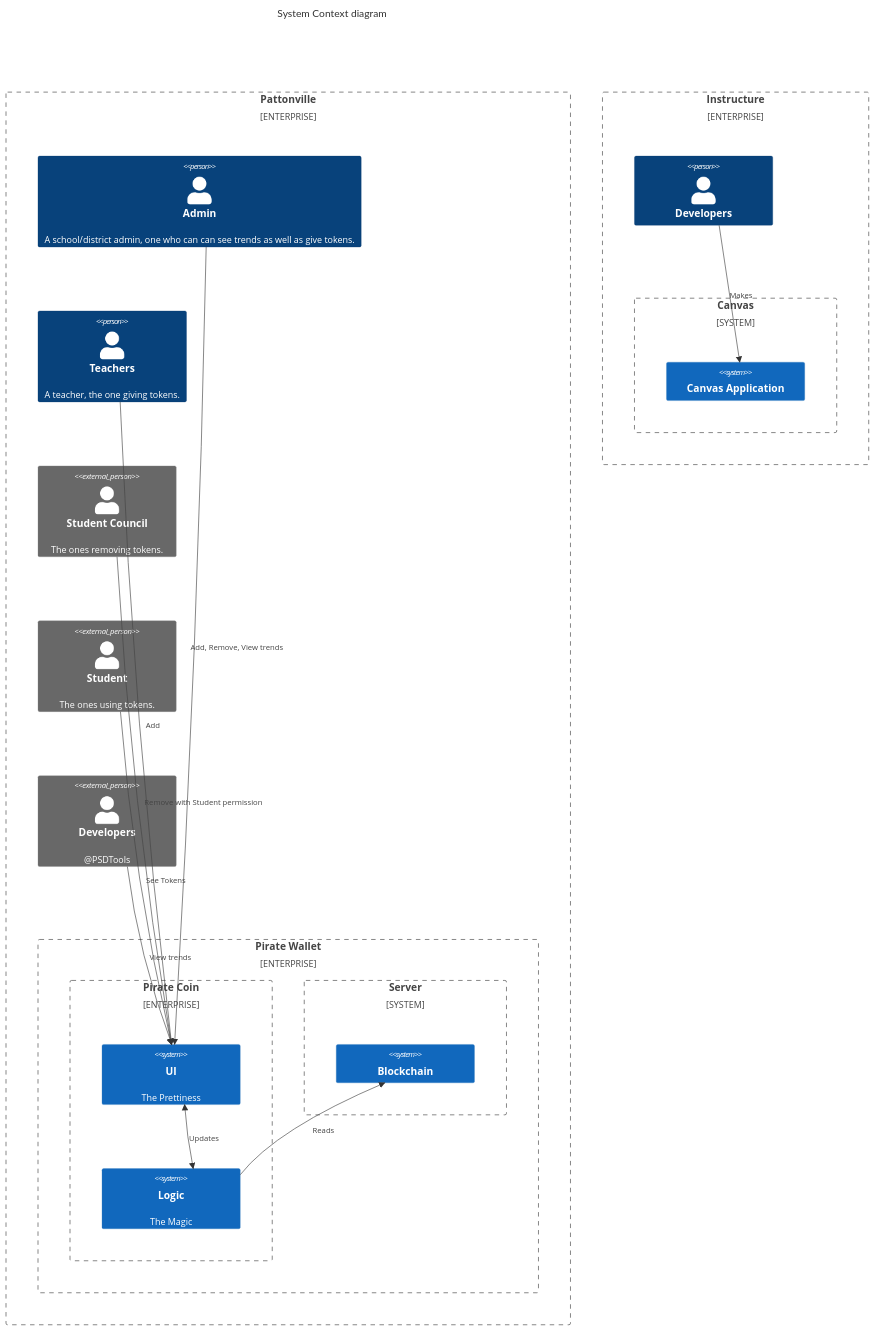
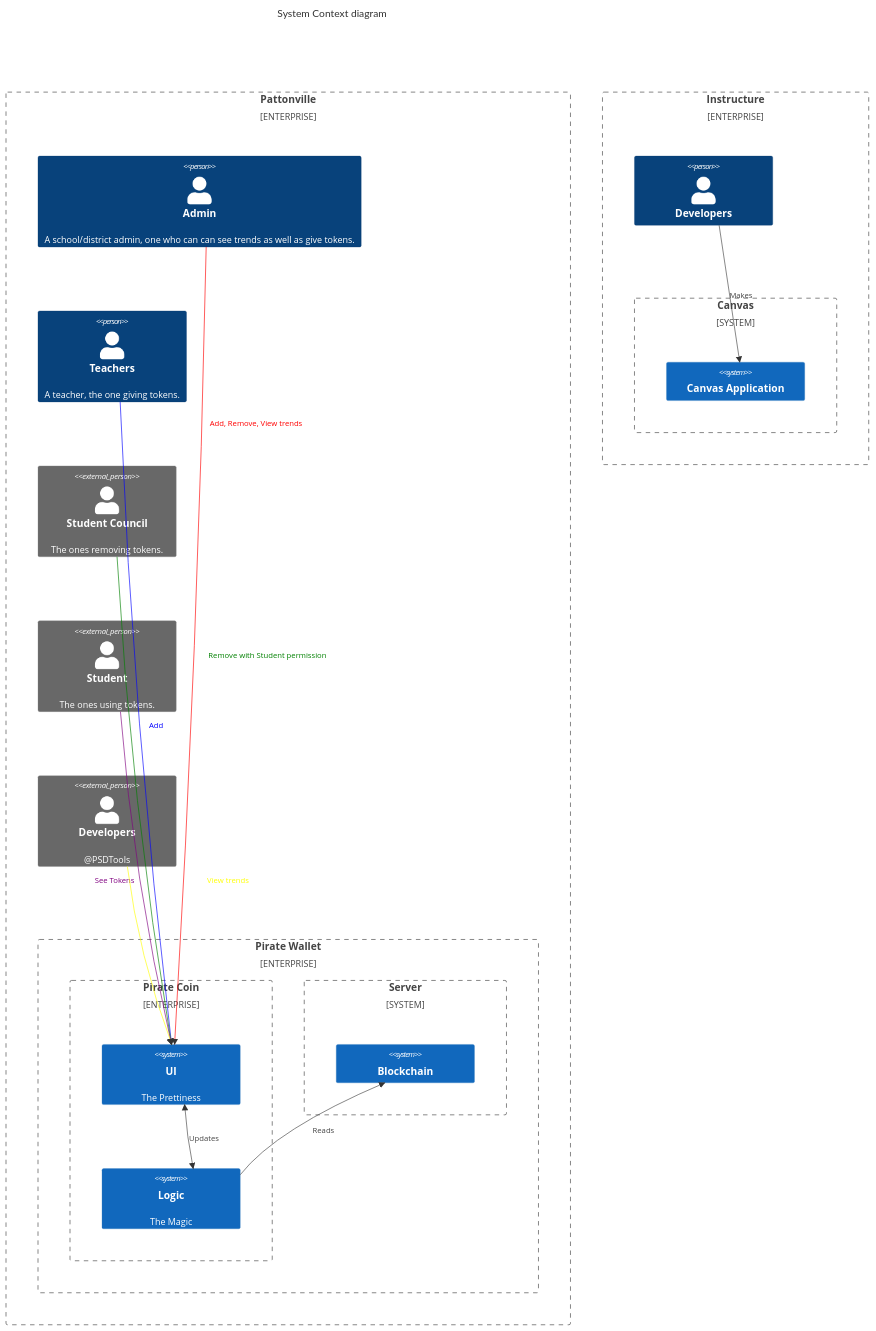
One commit to PSDTools/app changed the diagram in README.md. Above: the diagram before and after it, drawn with Mermaid.

Commit message:
C4 colored arrows

````diff
--- a/README.md
+++ b/README.md
@@ -175,76 +175,82 @@
 ```mermaid
 C4Context
   title System Context diagram
 
   Enterprise_Boundary(b0, "Pattonville") {
     Person(customerA, "Admin", "A school/district admin, one who can can see trends as well as give tokens.")
     Person(customerB, "Teachers", "A teacher, the one giving tokens.")
     Person_Ext(customerC, "Student Council", "The ones removing tokens.")
     Person_Ext(customerD, "Student", "The ones using tokens.")
     Person_Ext(customerE, "Developers", "@PSDTools")
     
     Enterprise_Boundary(b6, "Pirate Wallet") {
       Enterprise_Boundary(b3, "Pirate Coin") {
         System(SystemAA, "UI", "The Prettiness")
         System(SystemAB, "Logic", "The Magic")
       }
       System_Boundary(b2, "Server") {
         System(SystemF, "Blockchain")
       }
     }
     %% System(SystemAA, "Internet Banking System", "Allows customers to view information about their bank accounts, and make payments.")
 
     %% Enterprise_Boundary(b1, "BankBoundary") {
 
       %% SystemDb_Ext(SystemE, "Mainframe Banking System", "Stores all of the core banking information about customers, accounts, transactions, etc.")
 
       %% System_Boundary(b2, "BankBoundary2") {
         %% System(SystemA, "Banking System A")
         %% System(SystemB, "Banking System B", "A system of the bank, with personal bank accounts. next line.")
       %% }
 
       %% System_Ext(SystemC, "E-mail system", "The internal Microsoft Exchange e-mail system.")
       %% SystemDb(SystemD, "Banking System D Database", "A system of the bank, with personal bank accounts.")
 
       %% Boundary(b3, "BankBoundary3", "boundary") {
         %% SystemQueue(SystemF, "Banking System F Queue", "A system of the bank.")
         %% SystemQueue_Ext(SystemG, "Banking System G Queue", "A system of the bank, with personal bank accounts.")
       %% }
     %% }
 
   }
 
 
   Enterprise_Boundary(b4, "Instructure") {
     Person(Instructure, "Developers")
 
     System_Boundary(b5, "Canvas") {
       System(CanvasApp, "Canvas Application")
     }
   }
 %% Person(customerB, "Teachers", "A teacher, the one giving tokens.")
     %%Person_Ext(customerC, "Student Council", "The ones removing tokens.")
     %%Person_Ext(customerD, "Student", "The ones using tokens.")
     %%Person_Ext(customerE, "Developers", "@PSDTools")
 
   %% BiRel(customerA, SystemAA, "Uses")
   Rel(Instructure, CanvasApp, "Makes")
   Rel(SystemAB, SystemF, "Reads")
   Rel(customerA, SystemAA, "Add, Remove, View trends")
   Rel(customerB, SystemAA, "Add")
   Rel(customerC, SystemAA, "Remove with Student permission")
   Rel(customerD, SystemAA, "See Tokens")
   Rel(customerE, SystemAA, "View trends")
   BiRel(SystemAA, SystemAB, "Updates")
+
+  UpdateRelStyle(customerA, SystemAA, $textColor="red", $lineColor="red", $offsetX="30",$offsetY="-350")
+  UpdateRelStyle(customerB, SystemAA, $textColor="blue", $lineColor="blue", $offsetX="5")
+  UpdateRelStyle(customerC, SystemAA, $textColor="green", $lineColor="green", $offsetY="-230",$offsetX="100")
+  UpdateRelStyle(customerD, SystemAA, $textColor="purple", $lineColor="purple", $offsetX="-80")
+  UpdateRelStyle(customerE, SystemAA, $textColor="yellow", $lineColor="yellow", $offsetX="90",$offsetY="-120")
   %% BiRel(SystemAA, SystemE, "Uses")
   %% Rel(SystemAA, SystemC, "Sends e-mails", "SMTP")
   %% Rel(SystemC, customerA, "Sends e-mails to")
 
   %% UpdateElementStyle(customerA, $fontColor="red", $bgColor="grey", $borderColor="red")
   %% UpdateRelStyle(customerA, SystemAA, $textColor="blue", $lineColor="blue", $offsetX="5")
   %% UpdateRelStyle(SystemAA, SystemE, $textColor="blue", $lineColor="blue", $offsetY="-10")
   %% UpdateRelStyle(SystemAA, SystemC, $textColor="blue", $lineColor="blue", $offsetY="-40", $offsetX="-50")
   %% UpdateRelStyle(SystemC, customerA, $textColor="red", $lineColor="red", $offsetX="-50", $offsetY="20")
 
   %% UpdateLayoutConfig($c4ShapeInRow="3", $c4BoundaryInRow="1")
 ```
````
